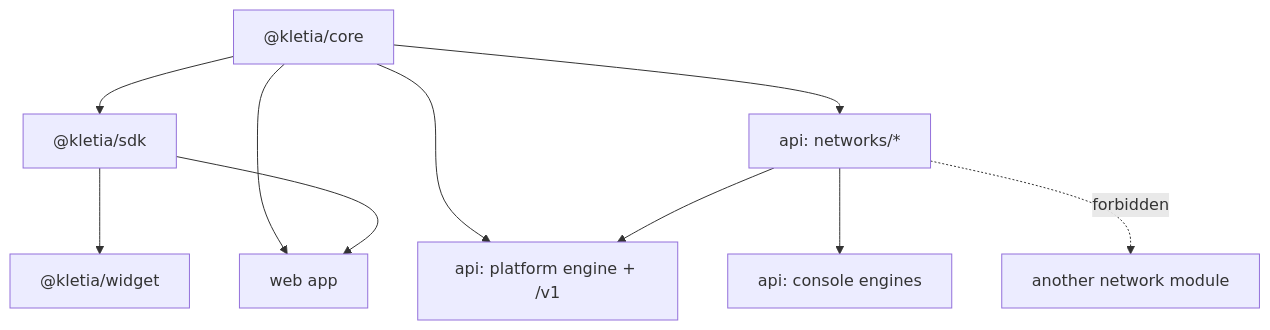
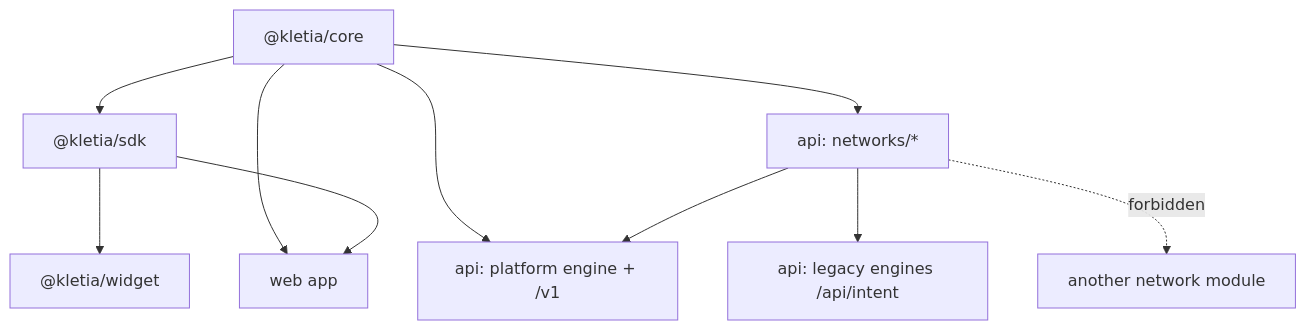
One commit to furkan3152/Kletia changed the diagram in docs/architecture/repository-structure.md. Above: the diagram before and after it, drawn with Mermaid. The commit also changed other lines of this file and 117 other files, not shown here.

````diff
--- a/docs/architecture/repository-structure.md
+++ b/docs/architecture/repository-structure.md
@@ -65,12 +77,12 @@
 ```mermaid
 flowchart TD
     Core["@kletia/core"] --> SDK["@kletia/sdk"]
     SDK --> Widget["@kletia/widget"]
     Core --> Platform[api: platform engine + /v1]
     Core --> Networks[api: networks/*]
     Networks --> Platform
-    Networks --> Console[api: console engines]
+    Networks --> Console[api: legacy engines /api/intent]
     Core --> Web[web app]
     SDK --> Web
     Networks -. forbidden .-> Networks2[another network module]
 ```
````
